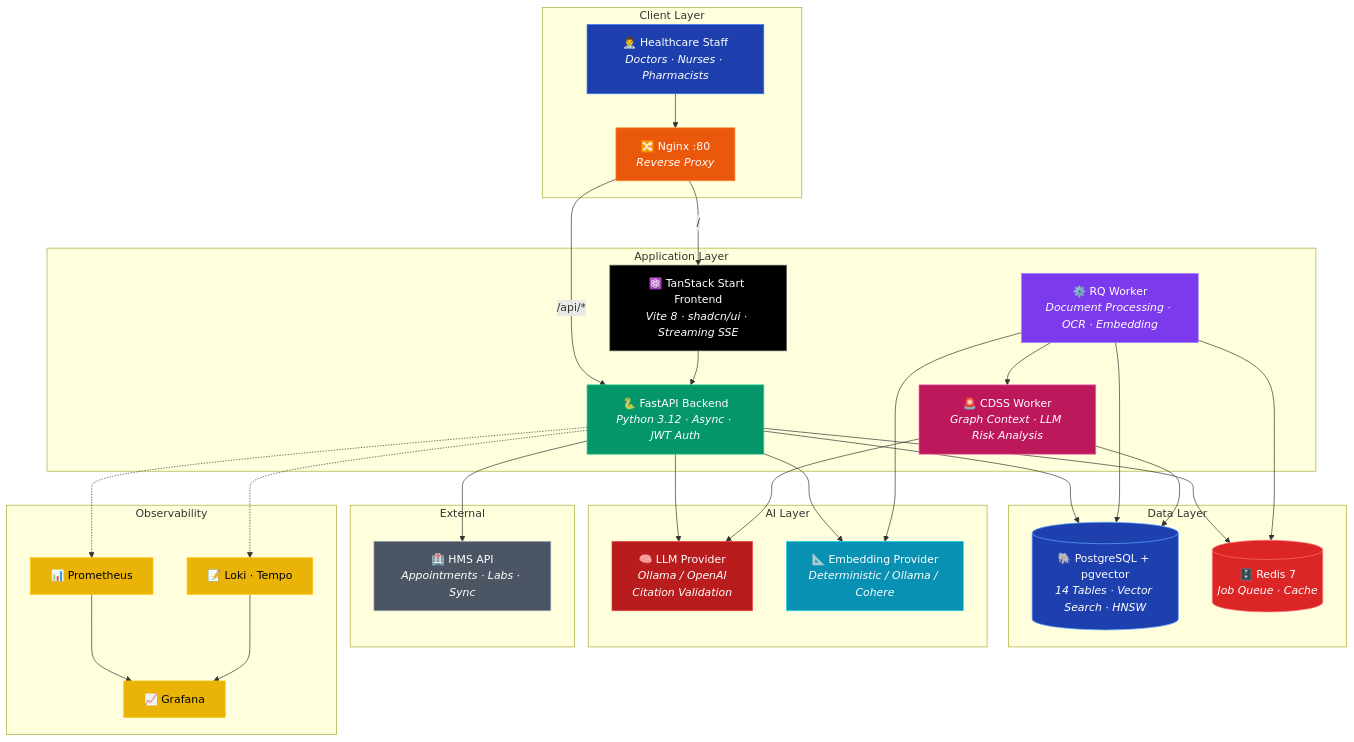
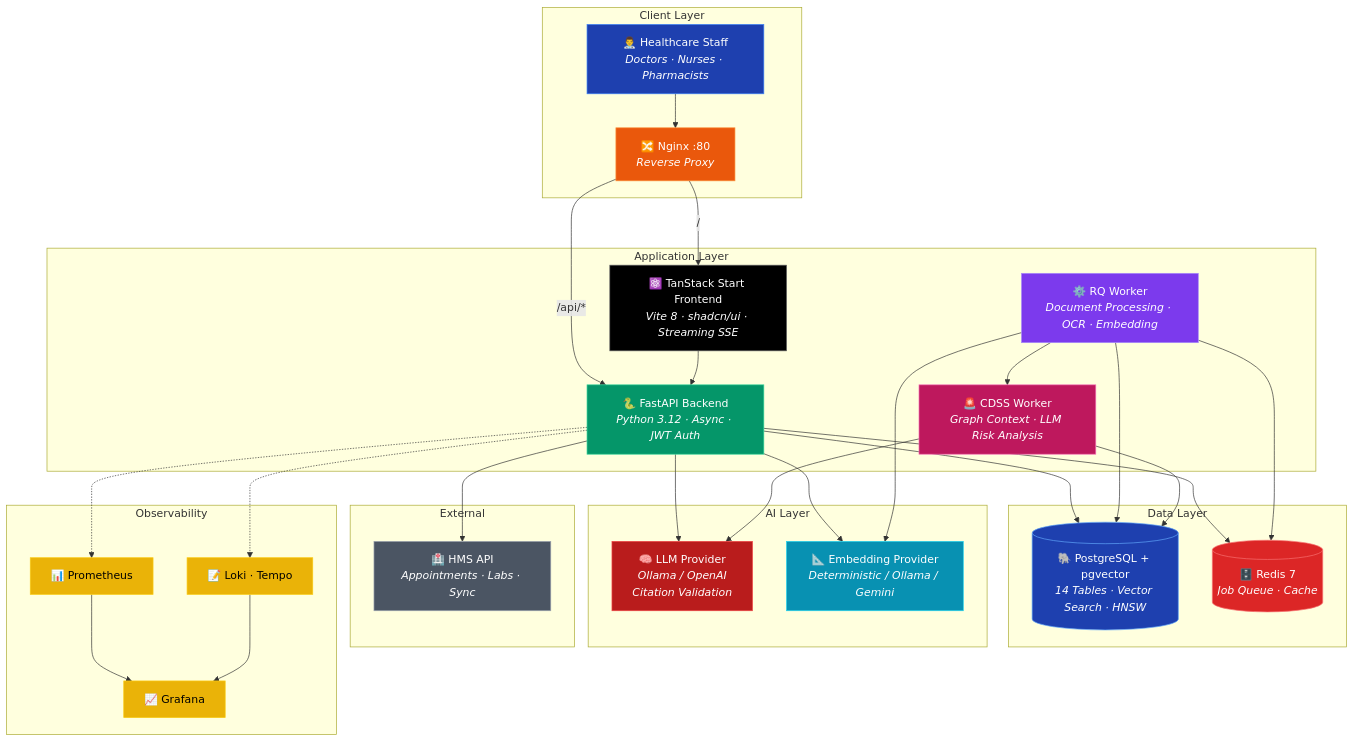
One commit to qwan30/chat-hospital-system changed the first of 8 diagrams in README.md. Above: the diagram before and after it, drawn with Mermaid. The commit also changed other lines of this file, not shown here.

````diff
--- a/README.md
+++ b/README.md
@@ -60,66 +60,66 @@
 ```mermaid
 graph TB
     subgraph "Client Layer"
         U[👨‍⚕️ Healthcare Staff<br/><i>Doctors · Nurses · Pharmacists</i>]
         N[🔀 Nginx :80<br/><i>Reverse Proxy</i>]
     end
 
     subgraph "Application Layer"
         FE[⚛️ TanStack Start Frontend<br/><i>Vite 8 · shadcn/ui · Streaming SSE</i>]
         BE[🐍 FastAPI Backend<br/><i>Python 3.12 · Async · JWT Auth</i>]
         W[⚙️ RQ Worker<br/><i>Document Processing · OCR · Embedding</i>]
         CD[🚨 CDSS Worker<br/><i>Graph Context · LLM Risk Analysis</i>]
     end
 
     subgraph "Data Layer"
         PG[("🐘 PostgreSQL + pgvector<br/><i>14 Tables · Vector Search · HNSW</i>")]
         RD[("🗄️ Redis 7<br/><i>Job Queue · Cache</i>")]
     end
 
     subgraph "AI Layer"
         LLM[🧠 LLM Provider<br/><i>Ollama / OpenAI<br/>Citation Validation</i>]
-        EMB[📐 Embedding Provider<br/><i>Deterministic / Ollama / Cohere</i>]
+        EMB[📐 Embedding Provider<br/><i>Deterministic / Ollama / Gemini</i>]
     end
 
     subgraph "External"
         HMS[🏥 HMS API<br/><i>Appointments · Labs · Sync</i>]
     end
 
     subgraph "Observability"
         PR[📊 Prometheus] --> GF[📈 Grafana]
         LK[📝 Loki · Tempo] --> GF
     end
 
     U --> N
     N -->|"/api/*"| BE
     N -->|"/"| FE
     FE --> BE
     BE --> PG
     BE --> RD
     BE --> LLM
     BE --> EMB
     BE --> HMS
     W --> PG
     W --> RD
     W --> EMB
     W --> CD
     CD --> PG
     CD --> LLM
     BE -.-> PR
     BE -.-> LK
 
     style U fill:#1e40af,stroke:#3b82f6,color:#fff
     style N fill:#ea580c,stroke:#fb923c,color:#fff
     style FE fill:#000,stroke:#666,color:#fff
     style BE fill:#059669,stroke:#34d399,color:#fff
     style W fill:#7c3aed,stroke:#a78bfa,color:#fff
     style PG fill:#1e40af,stroke:#60a5fa,color:#fff
     style RD fill:#dc2626,stroke:#f87171,color:#fff
     style LLM fill:#b91c1c,stroke:#ef4444,color:#fff
     style EMB fill:#0891b2,stroke:#22d3ee,color:#fff
     style CD fill:#be185d,stroke:#f472b6,color:#fff
     style HMS fill:#4b5563,stroke:#9ca3af,color:#fff
     style PR fill:#eab308,stroke:#facc15,color:#000
     style GF fill:#eab308,stroke:#facc15,color:#000
     style LK fill:#eab308,stroke:#facc15,color:#000
 ```
````
